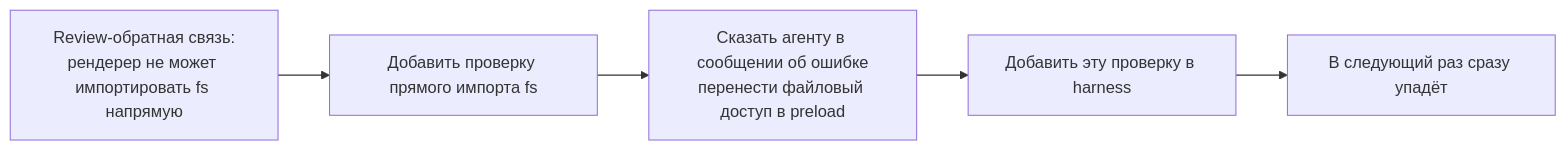
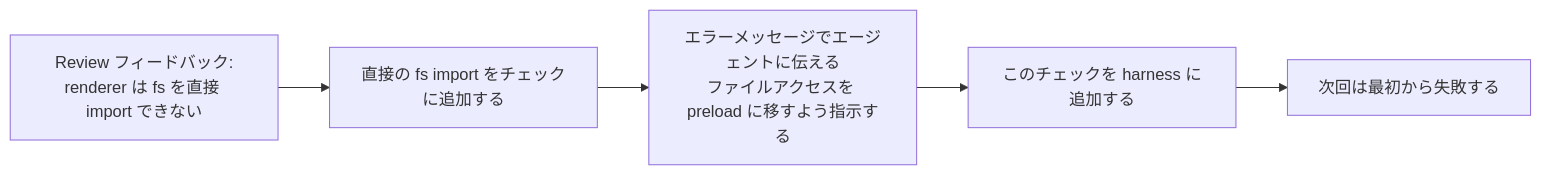
Before and after one commit to mkusaka/learn-harness-engineering: the second of 2 diagrams in docs/ru/lectures/lecture-10-why-end-to-end-testing-changes-results/index.md, drawn with Mermaid. The commit also changed other lines of this file and 571 other files, not shown here.

````diff
--- a/docs/ru/lectures/lecture-10-why-end-to-end-testing-changes-results/index.md
+++ b/docs/ru/lectures/lecture-10-why-end-to-end-testing-changes-results/index.md
@@ -52,7 +52,7 @@
 ```mermaid
 flowchart LR
-    Review["Review-обратная связь:<br/>рендерер не может импортировать fs напрямую"] --> Rule["Добавить проверку прямого импорта fs"]
-    Rule --> Message["Сказать агенту в сообщении об ошибке<br/>перенести файловый доступ в preload"]
-    Message --> Harness["Добавить эту проверку в harness"]
-    Harness --> Stronger["В следующий раз сразу упадёт"]
+    Review["Review フィードバック:<br/>renderer は fs を直接 import できない"] --> Rule["直接の fs import をチェックに追加する"]
+    Rule --> Message["エラーメッセージでエージェントに伝える<br/>ファイルアクセスを preload に移すよう指示する"]
+    Message --> Harness["このチェックを harness に追加する"]
+    Harness --> Stronger["次回は最初から失敗する"]
 ```
````
